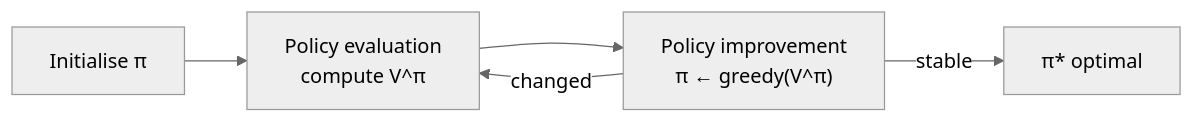
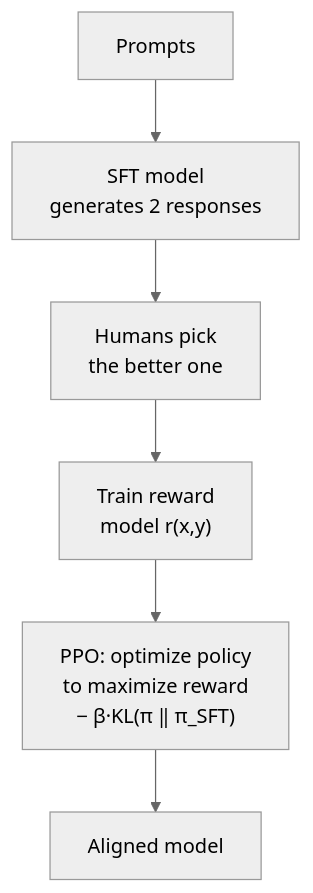
The sixth of 9 diagrams in ai-ml-encyclopedia/ch23.qmd (kader-xai/kader-xai.github.io), drawn with Mermaid (neutral theme) before and after one commit. The commit also changed other lines of this file and 47 other files, not shown here.

````diff
--- a/ai-ml-encyclopedia/ch23.qmd
+++ b/ai-ml-encyclopedia/ch23.qmd
@@ -234,7 +414,8 @@
 ```{mermaid}
-flowchart LR
-    I["Initialise π"] --> E["Policy evaluation<br/>compute V^π"]
-    E --> G["Policy improvement<br/>π ← greedy(V^π)"]
-    G -->|"changed"| E
-    G -->|"stable"| D["π* optimal"]
+flowchart TB
+  P["Prompts"] --> G["SFT model<br/>generates 2 responses"]
+  G --> H["Humans pick<br/>the better one"]
+  H --> RM["Train reward<br/>model r(x,y)"]
+  RM --> PPO["PPO: optimize policy<br/>to maximize reward<br/>− β·KL(π ‖ π_SFT)"]
+  PPO --> A["Aligned model"]
 ```
````
